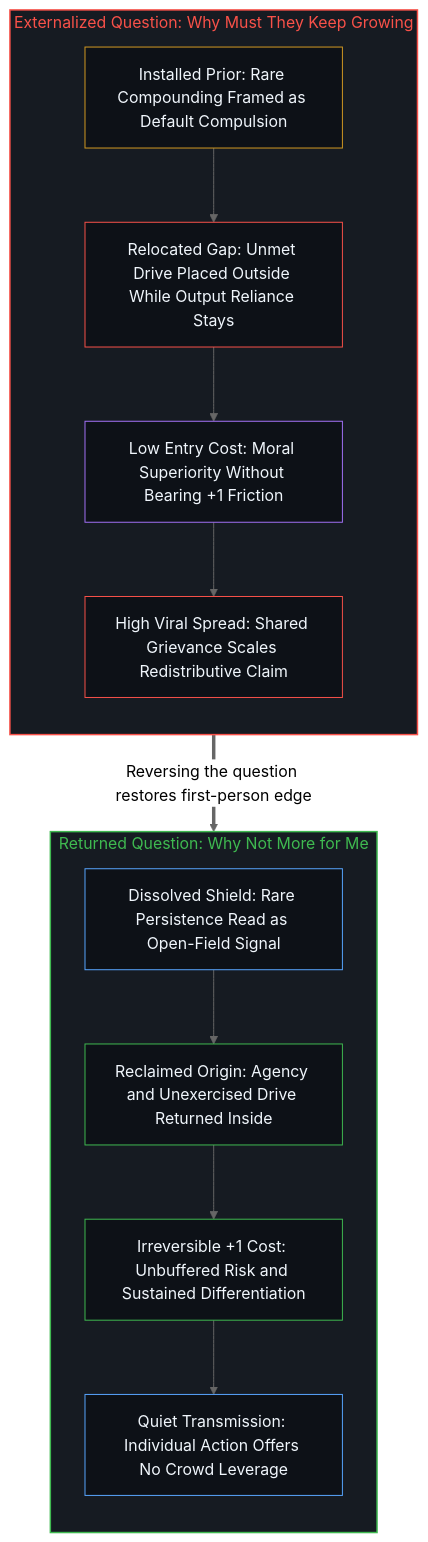
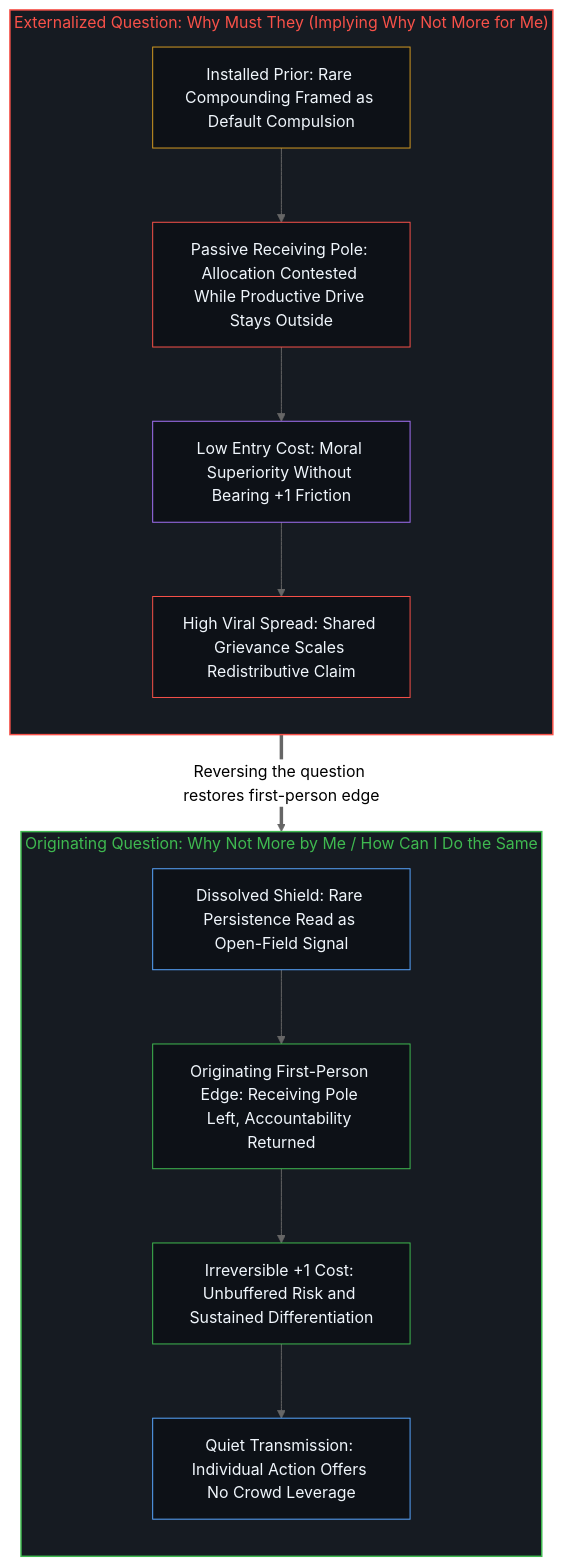
Before and after one commit to powerpig99/not-a-toe: the fourth of 4 diagrams in content/posts/externalizing-unmet-drive-as-the-pathology-of-growth.md, drawn with Mermaid (neutral theme). The commit also changed other lines of this file and 2 other files, not shown here.

Commit message:
Refine steady-state closed-reality boundary and active question inversion in externalizing-unmet-drive-as-the-pathology-of-growth

````diff
--- a/content/posts/externalizing-unmet-drive-as-the-pathology-of-growth.md
+++ b/content/posts/externalizing-unmet-drive-as-the-pathology-of-growth.md
@@ -142,30 +142,30 @@
 ```mermaid
 flowchart TD
-    subgraph S_Ext["Externalized Question: Why Must They Keep Growing"]
+    subgraph S_Ext["Externalized Question: Why Must They (Implying Why Not More for Me)"]
         direction TB
         Q1["Installed Prior: Rare Compounding Framed as Default Compulsion"]
-        Q2["Relocated Gap: Unmet Drive Placed Outside While Output Reliance Stays"]
+        Q2["Passive Receiving Pole: Allocation Contested While Productive Drive Stays Outside"]
         Q3["Low Entry Cost: Moral Superiority Without Bearing +1 Friction"]
         Q4["High Viral Spread: Shared Grievance Scales Redistributive Claim"]
         Q1 --> Q2 --> Q3 --> Q4
     end
-    subgraph S_Own["Returned Question: Why Not More for Me"]
+    subgraph S_Own["Originating Question: Why Not More by Me / How Can I Do the Same"]
         direction TB
         F1["Dissolved Shield: Rare Persistence Read as Open-Field Signal"]
-        F2["Reclaimed Origin: Agency and Unexercised Drive Returned Inside"]
+        F2["Originating First-Person Edge: Receiving Pole Left, Accountability Returned"]
         F3["Irreversible +1 Cost: Unbuffered Risk and Sustained Differentiation"]
         F4["Quiet Transmission: Individual Action Offers No Crowd Leverage"]
         F1 --> F2 --> F3 --> F4
     end
     Q2 ==>|"Reversing the question restores first-person edge"| F1
     style S_Ext fill:#161b22,stroke:#f85149,stroke-width:1.5px,color:#f85149
     style S_Own fill:#161b22,stroke:#3fb950,stroke-width:1.5px,color:#3fb950
     style Q1 fill:#0d1117,stroke:#d29922,stroke-width:1px,color:#f0f6fc
     style Q2 fill:#0d1117,stroke:#f85149,stroke-width:1px,color:#f0f6fc
     style Q3 fill:#0d1117,stroke:#a371f7,stroke-width:1px,color:#f0f6fc
     style Q4 fill:#0d1117,stroke:#f85149,stroke-width:1px,color:#f0f6fc
     style F1 fill:#0d1117,stroke:#58a6ff,stroke-width:1px,color:#f0f6fc
     style F2 fill:#0d1117,stroke:#3fb950,stroke-width:1px,color:#f0f6fc
     style F3 fill:#0d1117,stroke:#3fb950,stroke-width:1px,color:#f0f6fc
     style F4 fill:#0d1117,stroke:#58a6ff,stroke-width:1px,color:#f0f6fc
 ```
````
